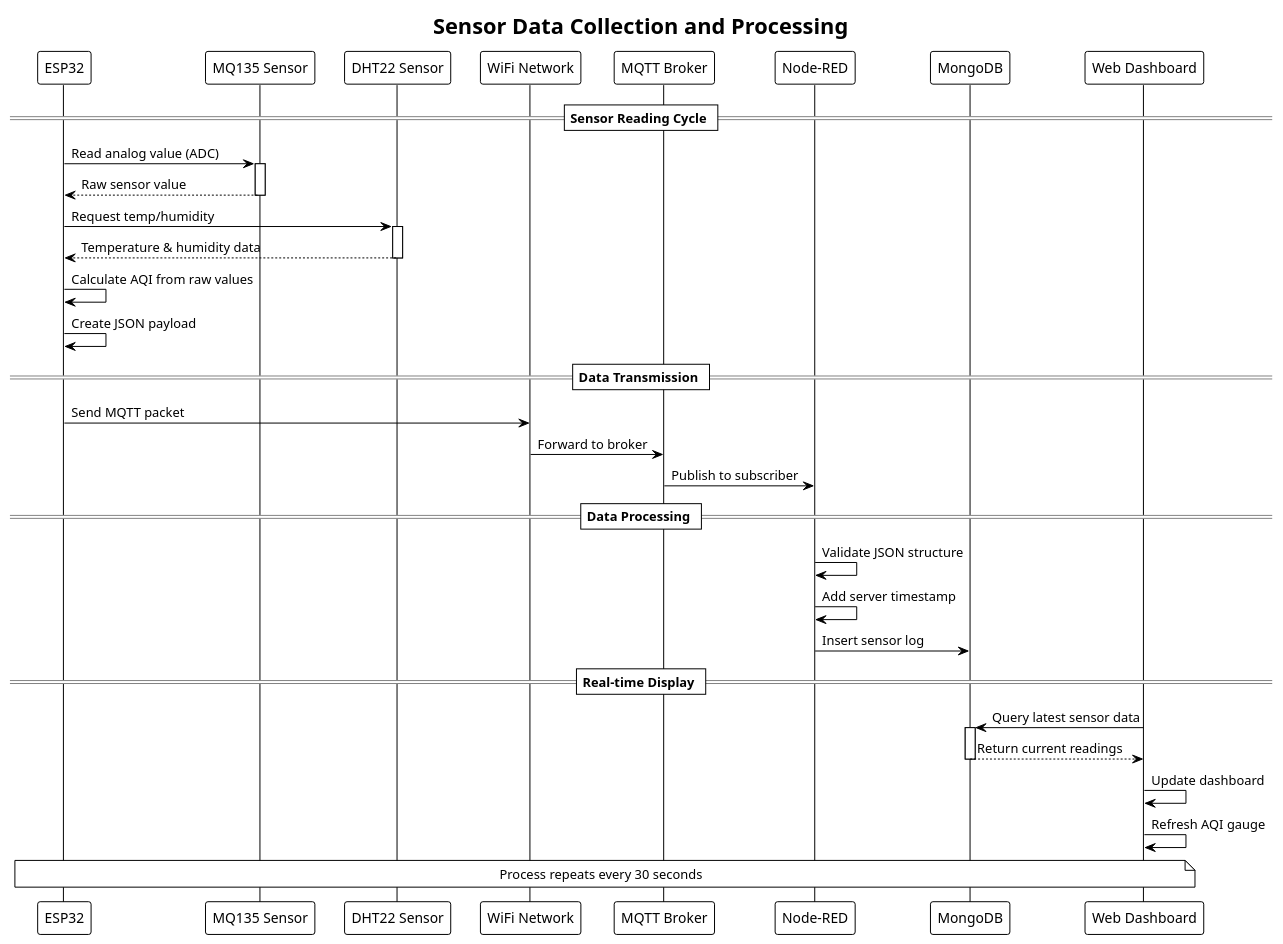
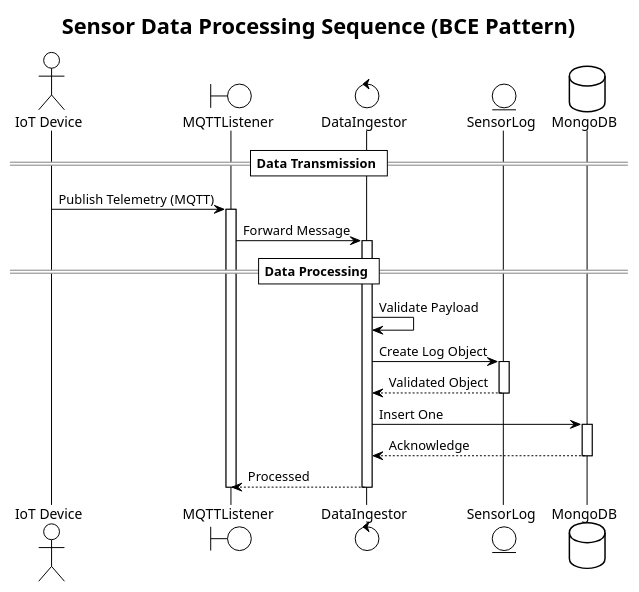
Before and after one commit to pratama404/breev: the diagram in docs/Architecture_Diagrams/sequence-sensor-data.puml, drawn with PlantUML. The commit also changed 11 other files, not shown here.

Commit message:
feat: Add initial backend services for data ingestion, ML model, monitoring, and comprehensive architectural documentation.

```diff
--- a/docs/Architecture_Diagrams/sequence-sensor-data.puml
+++ b/docs/Architecture_Diagrams/sequence-sensor-data.puml
@@ -1,54 +1,35 @@
 @startuml Sequence - Sensor Data Flow
 !theme plain
+title Sensor Data Processing Sequence (BCE Pattern)
 
-title Sensor Data Collection and Processing
-
-participant "ESP32" as ESP32
-participant "MQ135 Sensor" as MQ135
-participant "DHT22 Sensor" as DHT22
-participant "WiFi Network" as WiFi
-participant "MQTT Broker" as MQTT
-participant "Node-RED" as NodeRED
-participant "MongoDB" as DB
-participant "Web Dashboard" as Web
-
-== Sensor Reading Cycle ==
-
-ESP32 -> MQ135: Read analog value (ADC)
-activate MQ135
-MQ135 --> ESP32: Raw sensor value
-deactivate MQ135
-
-ESP32 -> DHT22: Request temp/humidity
-activate DHT22
-DHT22 --> ESP32: Temperature & humidity data
-deactivate DHT22
-
-ESP32 -> ESP32: Calculate AQI from raw values
-ESP32 -> ESP32: Create JSON payload
+actor "IoT Device" as Act
+boundary "MQTTListener" as Bound
+control "DataIngestor" as Ctrl
+entity "SensorLog" as Ent
+database "MongoDB" as DB
 
 == Data Transmission ==
 
-ESP32 -> WiFi: Send MQTT packet
-WiFi -> MQTT: Forward to broker
-MQTT -> NodeRED: Publish to subscriber
+Act -> Bound: Publish Telemetry (MQTT)
+activate Bound
+Bound -> Ctrl: Forward Message
+activate Ctrl
 
 == Data Processing ==
 
-NodeRED -> NodeRED: Validate JSON structure
-NodeRED -> NodeRED: Add server timestamp
-NodeRED -> DB: Insert sensor log
+Ctrl -> Ctrl: Validate Payload
+Ctrl -> Ent: Create Log Object
+activate Ent
+Ent --> Ctrl: Validated Object
+deactivate Ent
 
-== Real-time Display ==
-
-Web -> DB: Query latest sensor data
+Ctrl -> DB: Insert One
 activate DB
-DB --> Web: Return current readings
+DB --> Ctrl: Acknowledge
 deactivate DB
 
-Web -> Web: Update dashboard
-Web -> Web: Refresh AQI gauge
-
-note over ESP32, Web: Process repeats every 30 seconds
+Ctrl --> Bound: Processed
+deactivate Ctrl
+deactivate Bound
 
 @enduml
```
